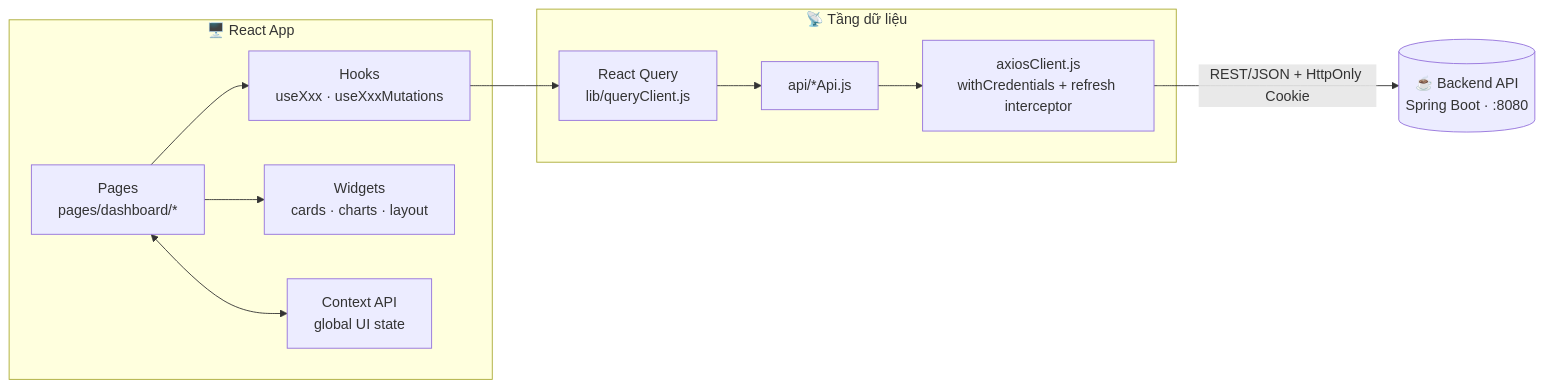
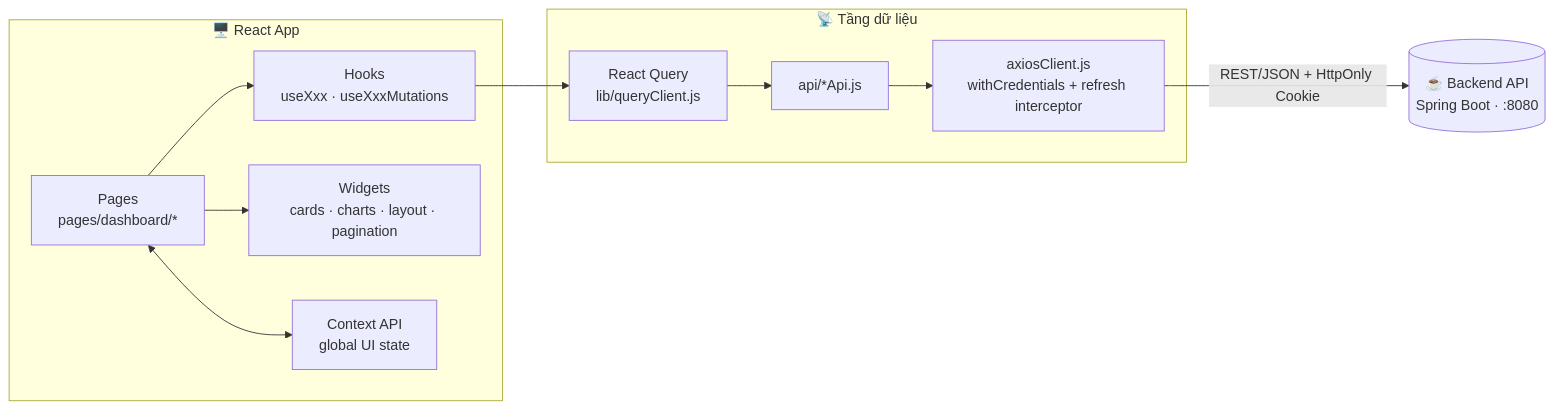
Before and after one commit to HoangPhungThanhDat/HeThongQuanLyCoffeeShop-Frontend-Admin-: the first of 2 diagrams in README.md, drawn with Mermaid. The commit also changed other lines of this file and 18 other files, not shown here.

````diff
--- a/README.md
+++ b/README.md
@@ -167,23 +211,23 @@
 ```mermaid
 flowchart LR
     subgraph UI["🖥️ React App"]
         P[Pages<br/>pages/dashboard/*]
         H[Hooks<br/>useXxx · useXxxMutations]
-        W[Widgets<br/>cards · charts · layout]
+        W[Widgets<br/>cards · charts · layout · pagination]
         CTX[Context API<br/>global UI state]
     end
 
     subgraph DATA["📡 Tầng dữ liệu"]
         RQ[React Query<br/>lib/queryClient.js]
         API[api/*Api.js]
         AX[axiosClient.js<br/>withCredentials + refresh interceptor]
     end
 
     BE[("☕ Backend API<br/>Spring Boot · :8080")]
 
     P --> W
     P --> H
     P <--> CTX
     H --> RQ --> API --> AX
     AX -- REST/JSON + HttpOnly Cookie --> BE
 ```
````
